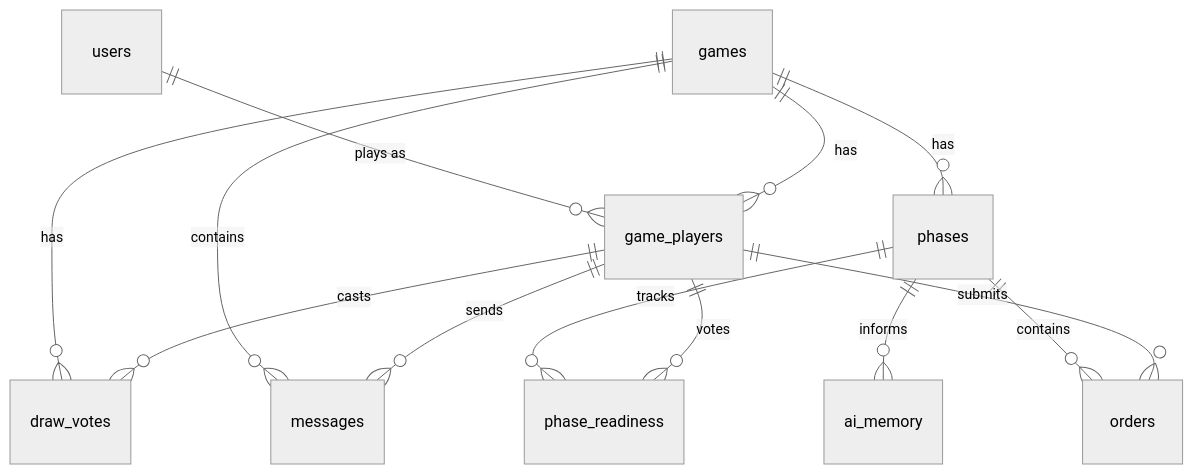
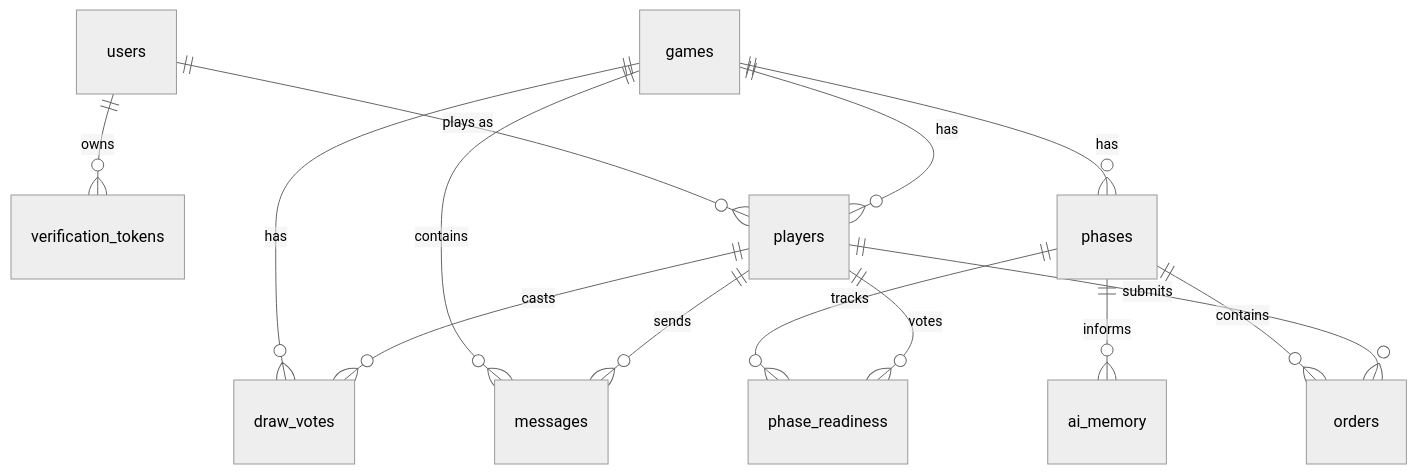
Diagram 13 of 18 in MilestoneSubmissions/DESIGN_DOC.md (The-Diplomats/Diplomacy), drawn with Mermaid (neutral theme) before and after one commit. The commit also changed other lines of this file and 9 other files, not shown here.

````diff
--- a/MilestoneSubmissions/DESIGN_DOC.md
+++ b/MilestoneSubmissions/DESIGN_DOC.md
@@ -375,15 +421,16 @@
 ```mermaid
 erDiagram
-    users ||--o{ game_players : "plays as"
-    games ||--o{ game_players : "has"
+    users ||--o{ verification_tokens : "owns"
+    users ||--o{ players : "plays as"
+    games ||--o{ players : "has"
     games ||--o{ phases : "has"
     games ||--o{ messages : "contains"
     games ||--o{ draw_votes : "has"
     phases ||--o{ orders : "contains"
     phases ||--o{ phase_readiness : "tracks"
     phases ||--o{ ai_memory : "informs"
-    game_players ||--o{ orders : "submits"
-    game_players ||--o{ phase_readiness : "votes"
-    game_players ||--o{ draw_votes : "casts"
-    game_players ||--o{ messages : "sends"
+    players ||--o{ orders : "submits"
+    players ||--o{ phase_readiness : "votes"
+    players ||--o{ draw_votes : "casts"
+    players ||--o{ messages : "sends"
 ```
````
